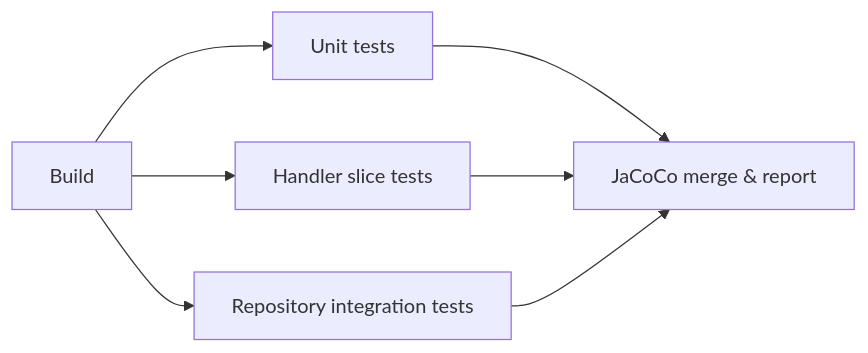
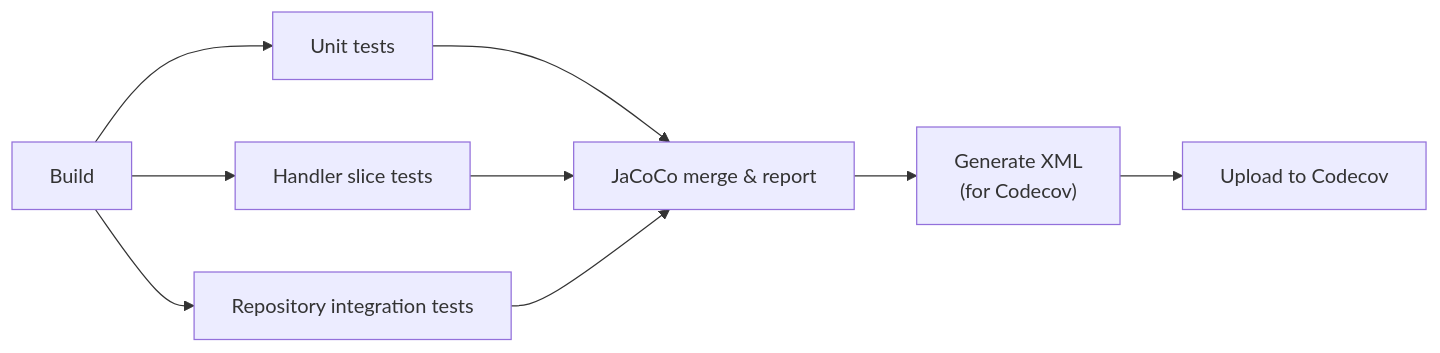
The fifth of 5 diagrams in readme.md (mrzodeczko-dev/Reactive-RESTful-API-Cinema-Ticketing-Platform-Spring-WebFlux-), drawn with Mermaid before and after one commit. The commit also changed other lines of this file and 4 other files, not shown here.

````diff
--- a/readme.md
+++ b/readme.md
@@ -604,10 +605,13 @@
 ```mermaid
 flowchart LR
     A[Build] --> B1[Unit tests]
     A --> B2[Handler slice tests]
     A --> B3[Repository integration tests]
 
     B1 --> C[JaCoCo merge & report]
     B2 --> C
     B3 --> C
+    
+    C --> D["Generate XML<br/>(for Codecov)"]
+    D --> E["Upload to Codecov"]
 ```
````
